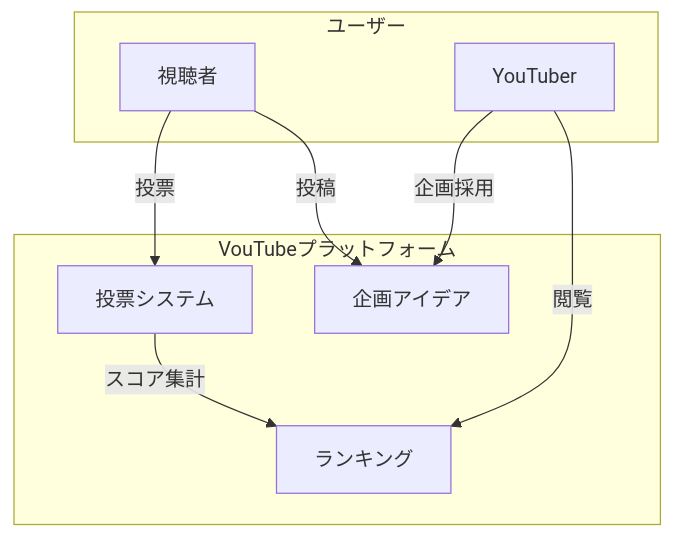
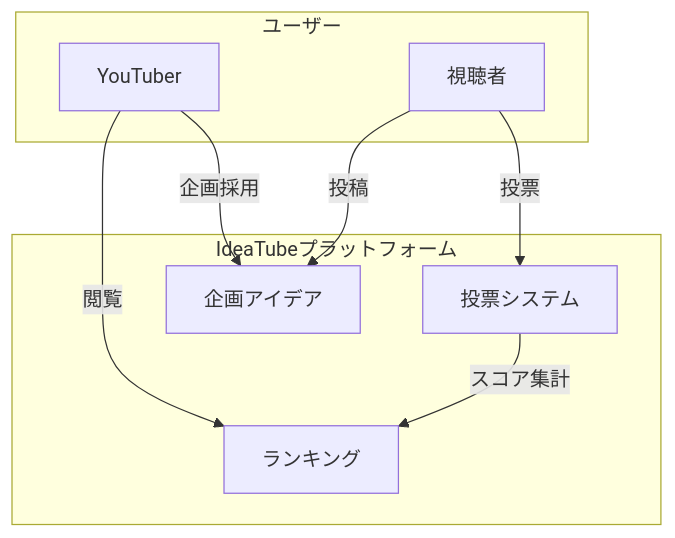
The first of 4 diagrams in doc/concept.md (srtinbnio3/voutube), drawn with Mermaid before and after one commit. The commit also changed other lines of this file and 8 other files, not shown here.

````diff
--- a/doc/concept.md
+++ b/doc/concept.md
@@ -5,19 +5,19 @@
 ```mermaid
 graph TB
     subgraph Users[ユーザー]
+        YouTuber[YouTuber]
         Viewer[視聴者]
-        YouTuber[YouTuber]
     end
 
-    subgraph Platform[VouTubeプラットフォーム]
+    subgraph Platform[IdeaTubeプラットフォーム]
         Ideas[企画アイデア]
         Voting[投票システム]
         Ranking[ランキング]
     end
 
     Viewer -->|投稿| Ideas
     Viewer -->|投票| Voting
     Voting -->|スコア集計| Ranking
     YouTuber -->|閲覧| Ranking
     YouTuber -->|企画採用| Ideas
 ```
````
